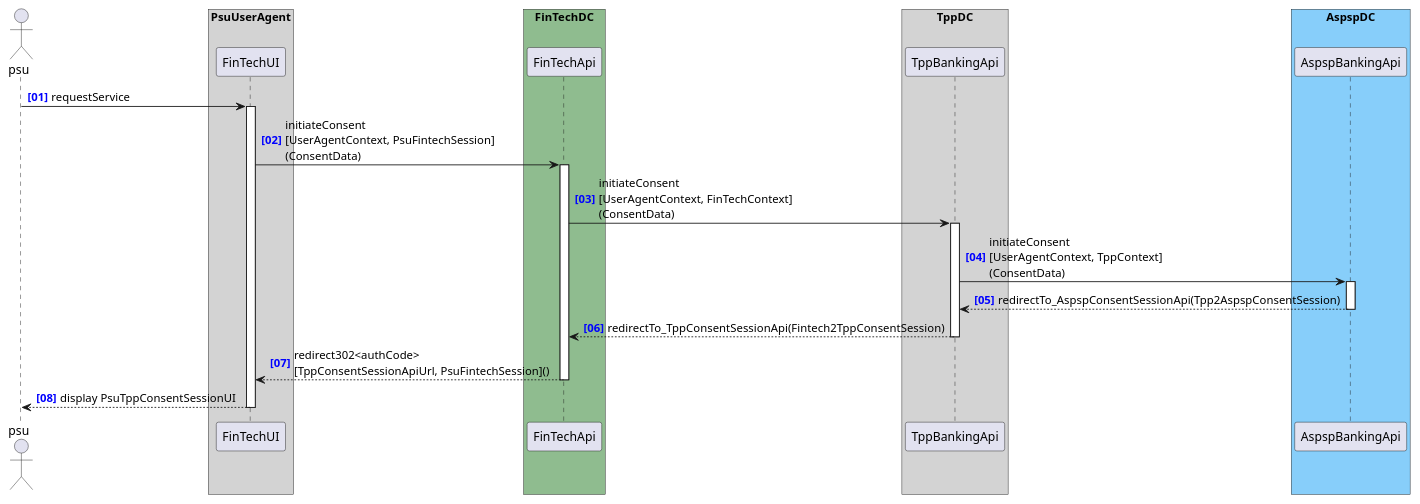
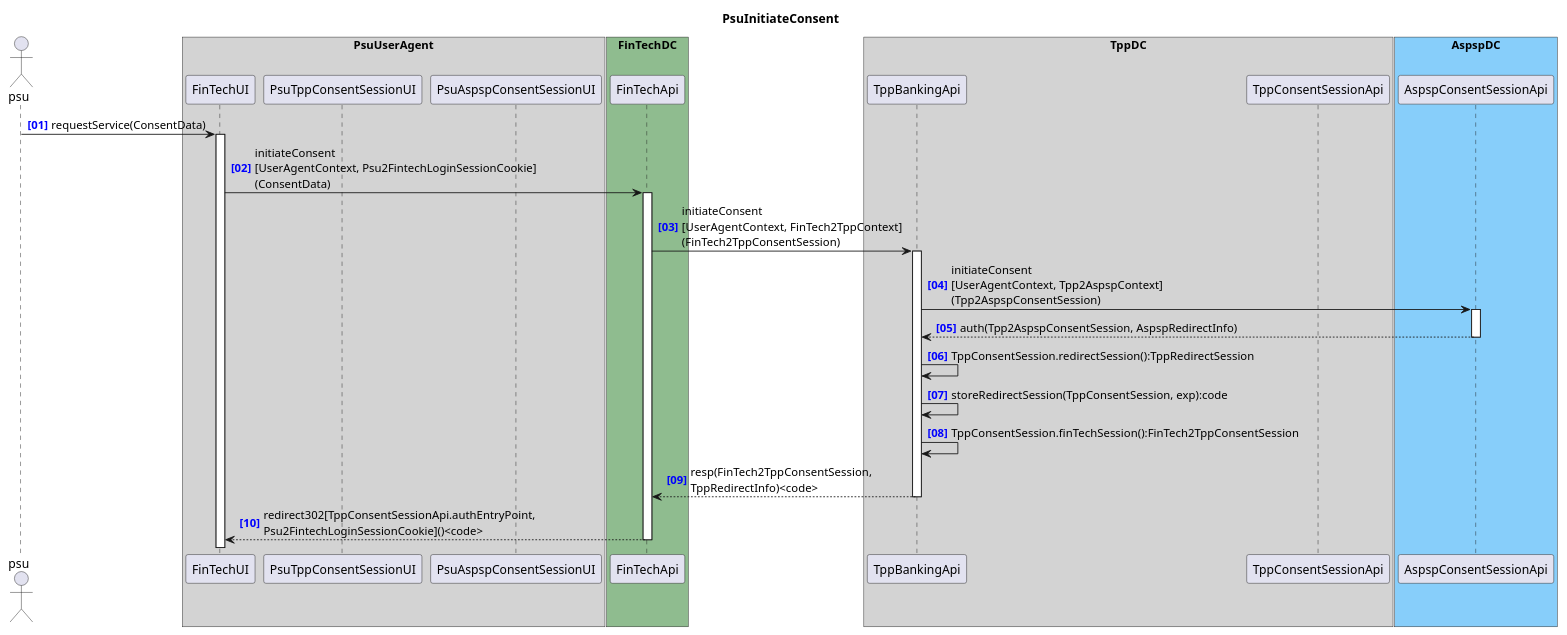
One commit to adorsys/open-banking-gateway changed the diagram in docs/architecture/diagrams/consentSession/PsuInitConsent.puml. Above: the diagram before and after it, drawn with PlantUML. The commit also changed 4 other files, not shown here.

Commit message:
Improved sequence diagram for embedded and redirect workflow.

```diff
--- a/docs/architecture/diagrams/consentSession/PsuInitConsent.puml
+++ b/docs/architecture/diagrams/consentSession/PsuInitConsent.puml
@@ -1,27 +1,32 @@
-@startuml
-
+@startuml PsuInitiateConsent
+title PsuInitiateConsent
 autonumber "<b><color blue>[00]"
 actor psu
 
 box "PsuUserAgent" #LightGray
     participant "FinTechUI" as FinTechUI
+    participant "PsuTppConsentSessionUI" as PsuTppConsentSessionUI
+    participant "PsuAspspConsentSessionUI" as PsuAspspConsentSessionUI
 end box
 box "FinTechDC" #DarkSeaGreen
     participant "FinTechApi" as FinTechApi
 end box
 box "TppDC" #LightGray
     participant "TppBankingApi" as TppBankingApi
+    participant "TppConsentSessionApi" as TppConsentSessionApi
 end box
 box "AspspDC" #LightSkyBlue
-    participant "AspspBankingApi" as AspspConsentSessionApi
+    participant "AspspConsentSessionApi" as AspspConsentSessionApi
 end box
 
-psu -> FinTechUI ++ : requestService
-FinTechUI -> FinTechApi ++ : initiateConsent\n[UserAgentContext, PsuFintechSession]\n(ConsentData)
-FinTechApi -> TppBankingApi ++ : initiateConsent\n[UserAgentContext, FinTechContext]\n(ConsentData)
-TppBankingApi -> AspspConsentSessionApi ++ : initiateConsent\n[UserAgentContext, TppContext]\n(ConsentData) 
-return redirectTo_AspspConsentSessionApi(Tpp2AspspConsentSession)
-return redirectTo_TppConsentSessionApi(Fintech2TppConsentSession)
-return redirect302<authCode>\n[TppConsentSessionApiUrl, PsuFintechSession]()
-return display PsuTppConsentSessionUI
+psu -> FinTechUI ++ : requestService(ConsentData)
+FinTechUI -> FinTechApi ++ : initiateConsent\n[UserAgentContext, Psu2FintechLoginSessionCookie]\n(ConsentData)
+FinTechApi -> TppBankingApi ++ : initiateConsent\n[UserAgentContext, FinTech2TppContext]\n(FinTech2TppConsentSession)
+TppBankingApi -> AspspConsentSessionApi ++ : initiateConsent\n[UserAgentContext, Tpp2AspspContext]\n(Tpp2AspspConsentSession) 
+return auth(Tpp2AspspConsentSession, AspspRedirectInfo)
+TppBankingApi -> TppBankingApi : TppConsentSession.redirectSession():TppRedirectSession
+TppBankingApi -> TppBankingApi : storeRedirectSession(TppConsentSession, exp):code
+TppBankingApi -> TppBankingApi : TppConsentSession.finTechSession():FinTech2TppConsentSession
+return resp(FinTech2TppConsentSession,\nTppRedirectInfo)<code>
+return redirect302[TppConsentSessionApi.authEntryPoint,\nPsu2FintechLoginSessionCookie]()<code>
 @enduml
```
